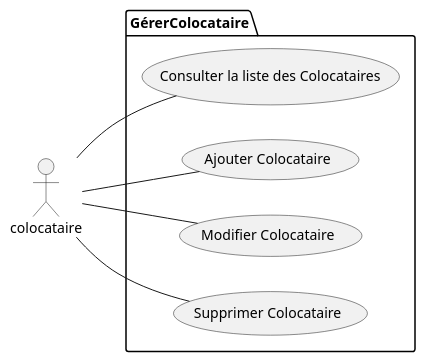
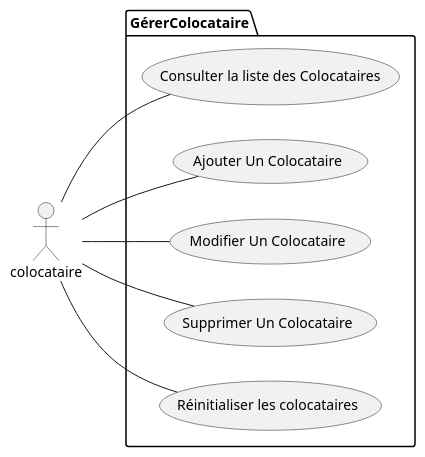
One commit to Enstso/ColocationCrous changed the third of 5 diagrams in README.md. Above: the diagram before and after it, drawn with PlantUML. The commit also changed other lines of this file and 45 other files, not shown here.

````diff
--- a/README.md
+++ b/README.md
@@ -57,11 +80,13 @@
 ```plantuml
 @startuml Solder Periode
 left to right direction
 :colocataire:
 package GérerColocataire{
     colocataire--(Consulter la liste des Colocataires)
-    colocataire--(Ajouter Colocataire)
-    colocataire--(Modifier Colocataire)
-    colocataire--(Supprimer Colocataire)
+    colocataire--(Ajouter Un Colocataire)
+    colocataire--(Modifier Un Colocataire)
+    colocataire--(Supprimer Un Colocataire)
+    colocataire--(Réinitialiser les colocataires)
 }
+@enduml
 ```
````
